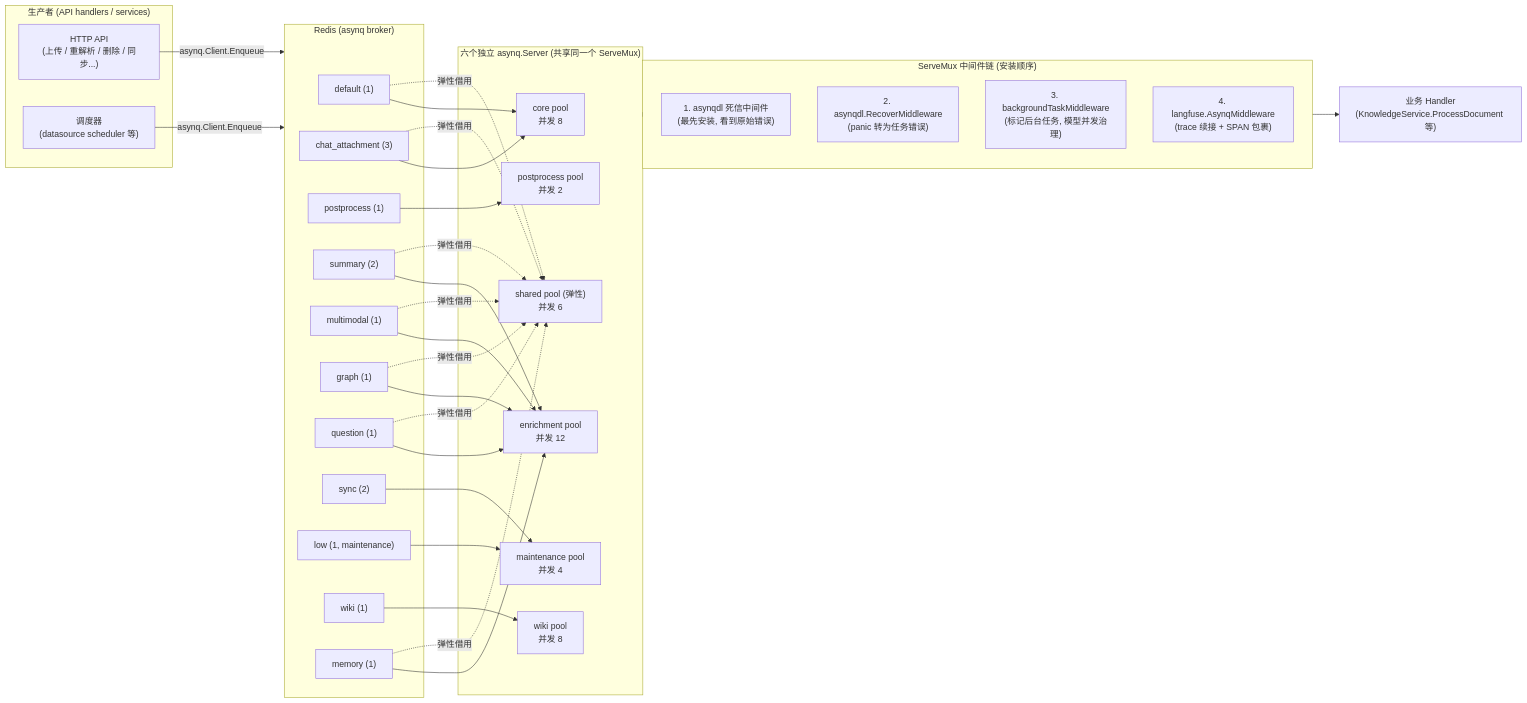
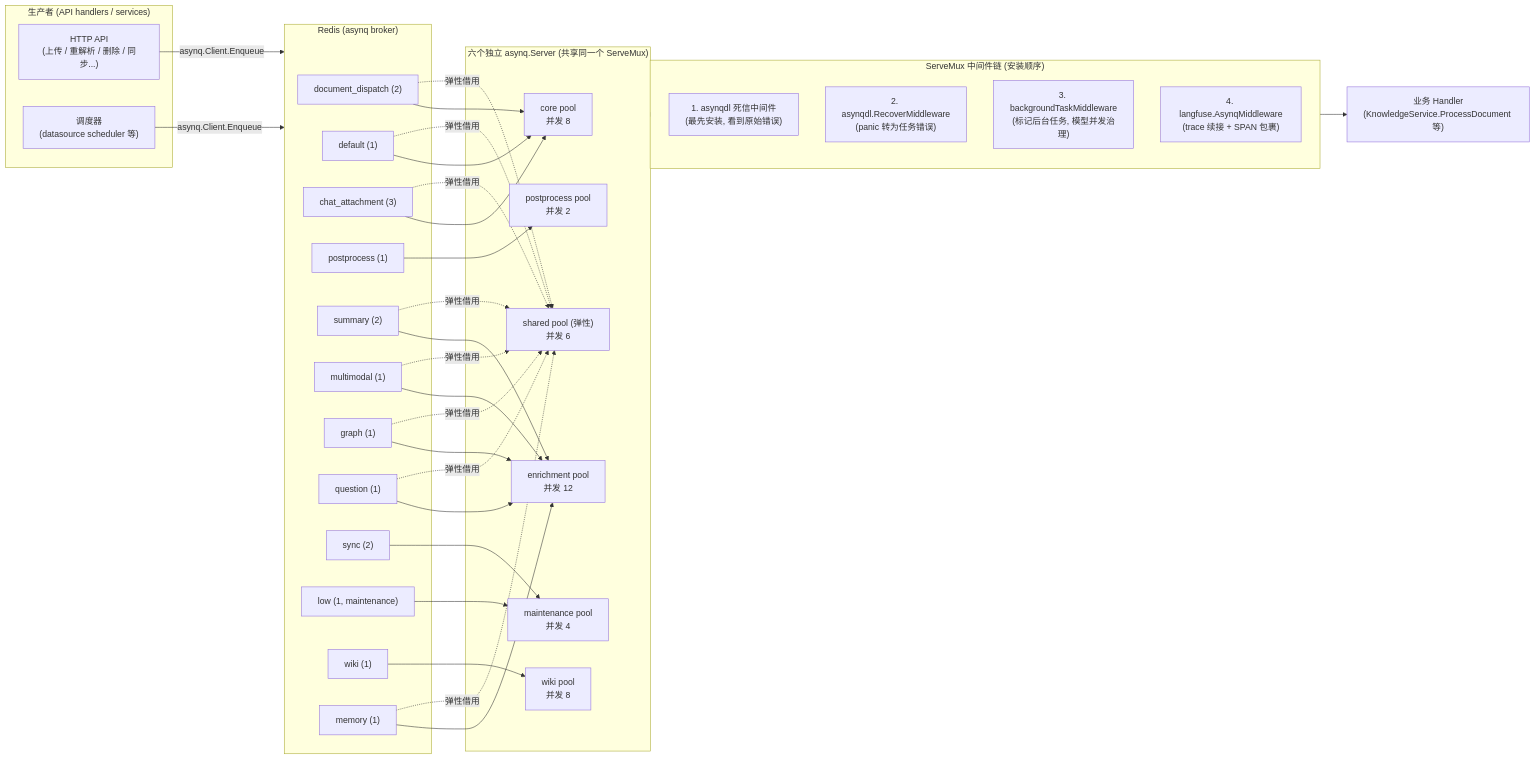
The first of 3 diagrams in website-docs/02-architecture/05-async-tasks.md (Tencent/WeKnora), drawn with Mermaid before and after one commit. The commit also changed other lines of this file and 17 other files, not shown here.

````diff
--- a/website-docs/02-architecture/05-async-tasks.md
+++ b/website-docs/02-architecture/05-async-tasks.md
@@ -125,59 +126,62 @@
 ```mermaid
 flowchart LR
     subgraph Producers["生产者 (API handlers / services)"]
         API["HTTP API<br/>(上传 / 重解析 / 删除 / 同步...)"]
         CRON["调度器<br/>(datasource scheduler 等)"]
     end
     API -->|"asynq.Client.Enqueue"| REDIS
     CRON -->|"asynq.Client.Enqueue"| REDIS
 
     subgraph REDIS["Redis (asynq broker)"]
+        Q0["document_dispatch (2)"]
         Q1["default (1)"]
         Q2["chat_attachment (3)"]
         Q3["postprocess (1)"]
         Q4["summary (2)"]
         Q5["multimodal (1)"]
         Q6["graph (1)"]
         Q7["question (1)"]
         Q8["sync (2)"]
         Q9["low (1, maintenance)"]
         Q10["wiki (1)"]
         Q11["memory (1)"]
     end
 
     subgraph Workers["六个独立 asynq.Server (共享同一个 ServeMux)"]
         CORE["core pool<br/>并发 8"]
         PP["postprocess pool<br/>并发 2"]
         EN["enrichment pool<br/>并发 12"]
         MT["maintenance pool<br/>并发 4"]
         SH["shared pool (弹性)<br/>并发 6"]
         WK["wiki pool<br/>并发 8"]
     end
 
+    Q0 --> CORE
     Q1 --> CORE
     Q2 --> CORE
     Q3 --> PP
     Q4 --> EN
     Q5 --> EN
     Q6 --> EN
     Q7 --> EN
     Q8 --> MT
     Q9 --> MT
     Q10 --> WK
     Q11 --> EN
     Q11 -. "弹性借用" .-> SH
+    Q0 -. "弹性借用" .-> SH
     Q1 -. "弹性借用" .-> SH
     Q2 -. "弹性借用" .-> SH
     Q4 -. "弹性借用" .-> SH
     Q5 -. "弹性借用" .-> SH
     Q6 -. "弹性借用" .-> SH
     Q7 -. "弹性借用" .-> SH
 
     subgraph MW["ServeMux 中间件链 (安装顺序)"]
         M1["1. asynqdl 死信中间件<br/>(最先安装, 看到原始错误)"]
         M1b["2. asynqdl.RecoverMiddleware<br/>(panic 转为任务错误)"]
         M2["3. backgroundTaskMiddleware<br/>(标记后台任务, 模型并发治理)"]
         M3["4. langfuse.AsynqMiddleware<br/>(trace 续接 + SPAN 包裹)"]
     end
     Workers --> MW --> H["业务 Handler<br/>(KnowledgeService.ProcessDocument 等)"]
 ```
````
